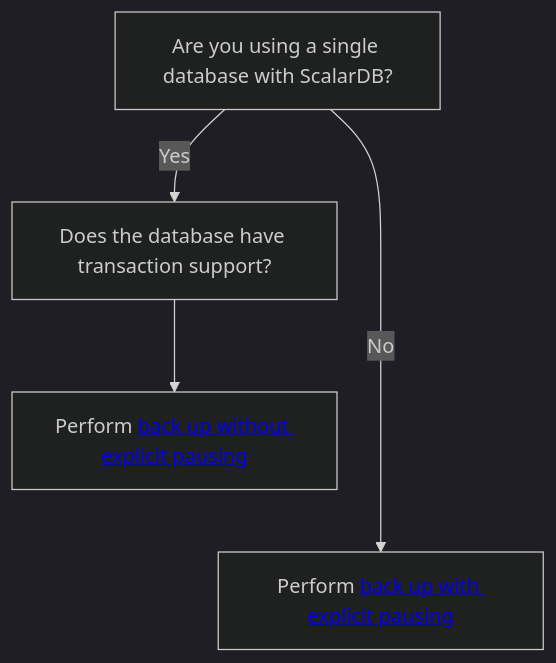
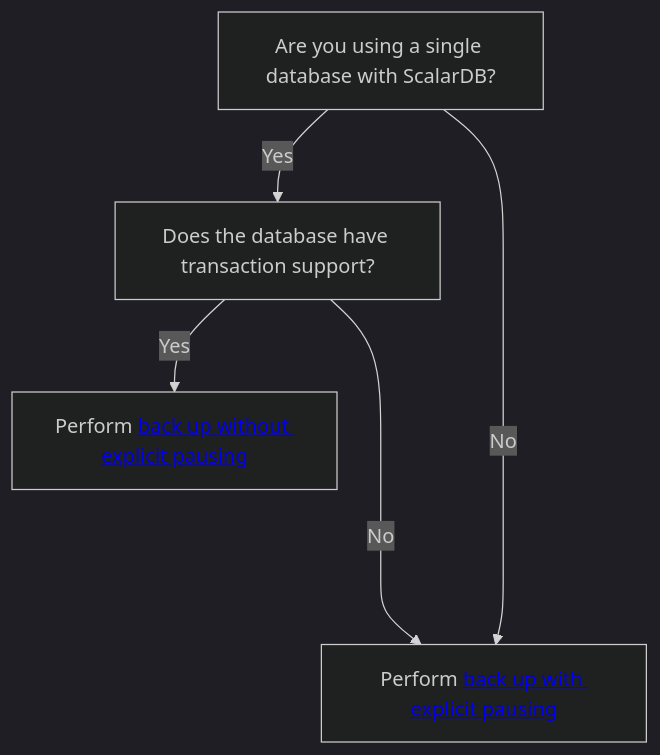
The diagram in docs/backup-restore.md (scalar-labs/scalardb), drawn with Mermaid (dark theme) before and after one commit. The commit also changed other lines of this file, not shown here.

First line of the commit message:
Add `No` route to diagram; add `Note` sections

````diff
--- a/docs/backup-restore.md
+++ b/docs/backup-restore.md
@@ -11,7 +11,8 @@
 ```mermaid
 flowchart TD
   A[Are you using a single database with ScalarDB?]
   A -->|Yes| B[Does the database have transaction support?]
-  B --> C[Perform <a href='#back-up-without-explicit-pausing'>back up without explicit pausing</a>]
-  A ---->|No| E[Perform <a href='#back-up-with-explicit-pausing'>back up with explicit pausing</a>]
+  B -->|Yes| C[Perform <a href='#back-up-without-explicit-pausing'>back up without explicit pausing</a>]
+  B ---->|No| D[Perform <a href='#back-up-with-explicit-pausing'>back up with explicit pausing</a>]
+  A ---->|No| D
 ```
````
